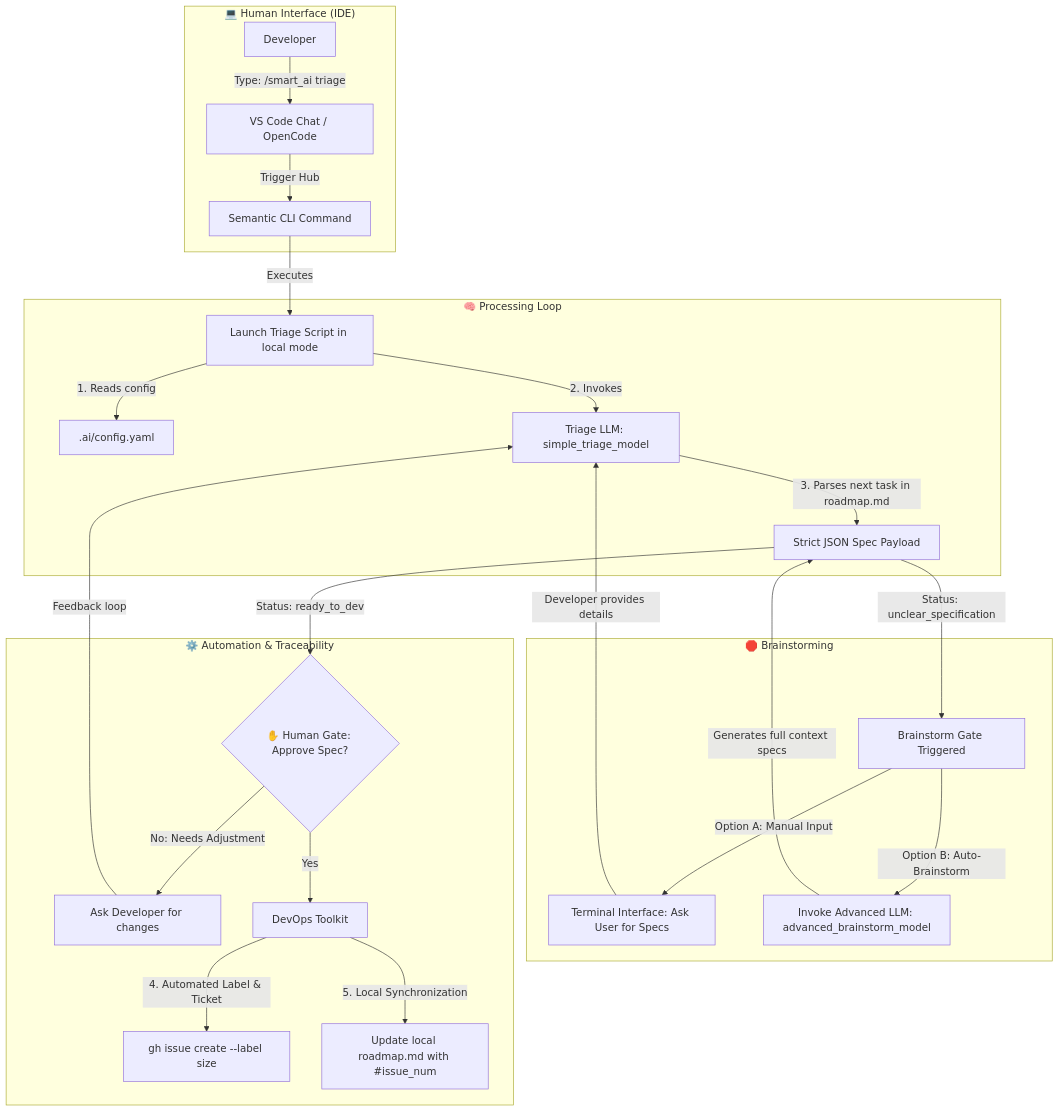
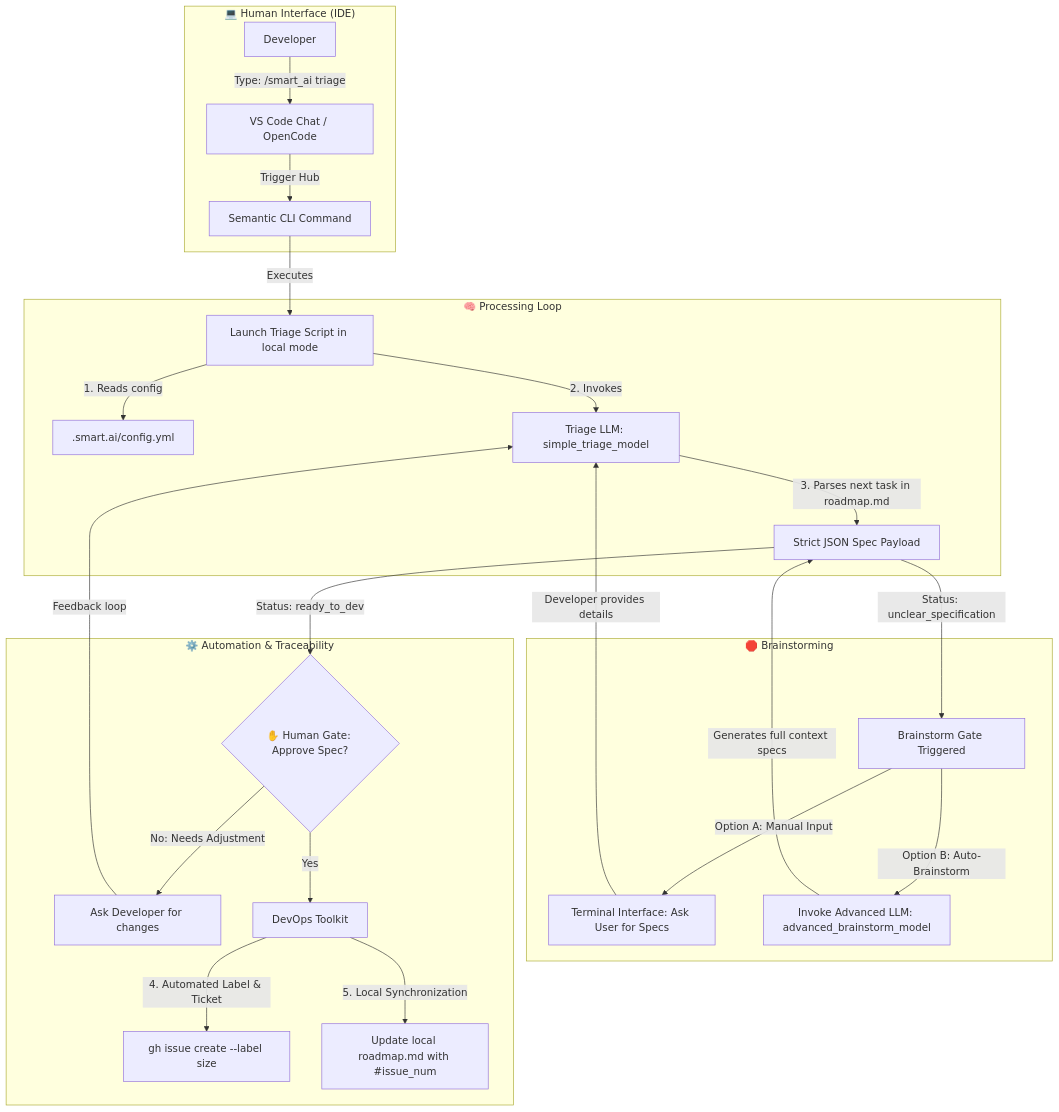
The diagram in docs/pipelines/triage_local.md (fletort/smart-ai-factory), drawn with Mermaid before and after one commit. The commit also changed 27 other files, not shown here.

````diff
--- a/docs/pipelines/triage_local.md
+++ b/docs/pipelines/triage_local.md
@@ -16,34 +16,34 @@
 ```mermaid
 graph TD
     subgraph "💻 Human Interface (IDE)"
         User[Developer] -->|Type: /smart_ai triage| Chat[VS Code Chat / OpenCode]
         Chat -->|Trigger Hub| CLI[Semantic CLI Command]
     end
 
     subgraph "🧠 Processing Loop"
         CLI -->|Executes| Script[Launch Triage Script in local mode]
-        Script -->|1. Reads config| Config[.ai/config.yaml]
+        Script -->|1. Reads config| Config[.smart.ai/config.yml]
         Script -->|2. Invokes| LLM[Triage LLM: simple_triage_model]
         LLM -->|3. Parses next task in roadmap.md| JSON[Strict JSON Spec Payload]
     end
 
     subgraph "🛑 Brainstorming"
         JSON -->|"Status: unclear_specification"| BS[Brainstorm Gate Triggered]
         BS -->|Option A: Manual Input| Prompt[Terminal Interface: Ask User for Specs]
         Prompt -->|Developer provides details| LLM
 
         BS -->|Option B: Auto-Brainstorm| Claude[Invoke Advanced LLM: advanced_brainstorm_model]
         Claude -->|Generates full context specs| JSON
     end
 
     subgraph "⚙️ Automation & Traceability"
         JSON -->|"Status: ready_to_dev"| HITL{✋ Human Gate: Approve Spec?}
 
         HITL -->|No: Needs Adjustment| Adjust[Ask Developer for changes]
         Adjust -->|Feedback loop| LLM
 
         HITL -->|Yes| DevOp[DevOps Toolkit]
         DevOp -->|4. Automated Label & Ticket| GH[gh issue create --label size]
         DevOp -->|5. Local Synchronization| RM[Update local roadmap.md with #issue_num]
     end
 ```
````
